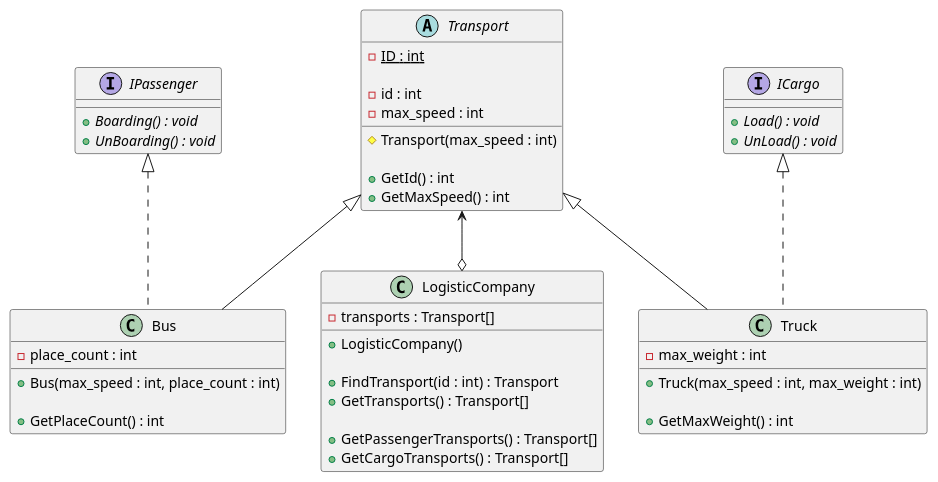
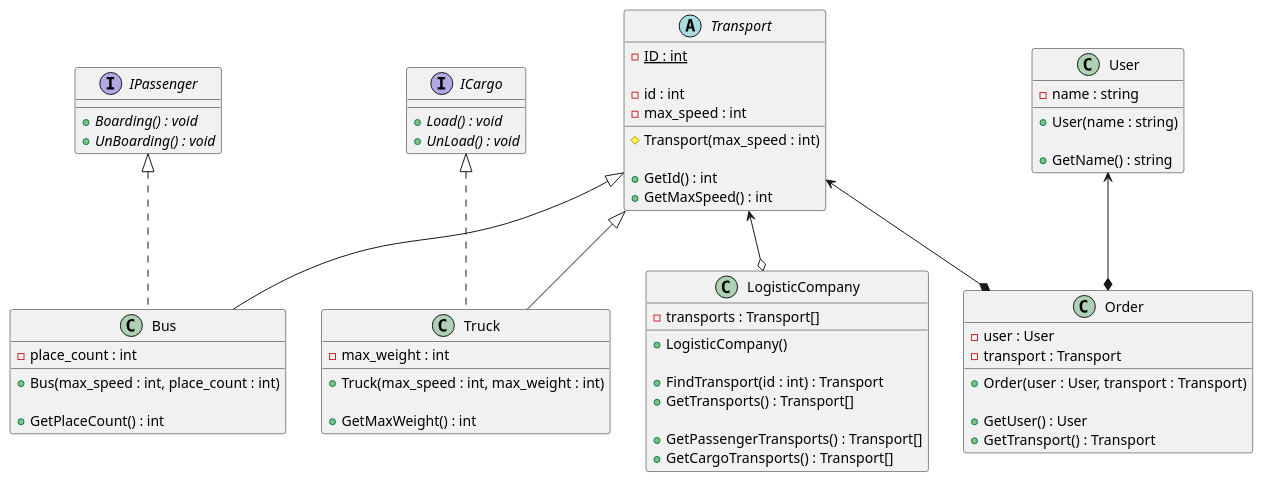
One commit to anst-foto/Logistik changed the diagram in Logistik/class_diagram.puml. Above: the diagram before and after it, drawn with PlantUML. The commit also changed 4 other files, not shown here.

```diff
--- a/Logistik/class_diagram.puml
+++ b/Logistik/class_diagram.puml
@@ -1,59 +1,79 @@
 @startuml
 'https://plantuml.com/class-diagram
 
 interface IPassenger {
     + {abstract} Boarding() : void
     + {abstract} UnBoarding() : void
 }
 
 interface ICargo {
     + {abstract} Load() : void
     + {abstract} UnLoad() : void
 }
 
 abstract class Transport {
     - {static} ID : int
     
     - id : int
     - max_speed : int
     
     # Transport(max_speed : int)
     
     + GetId() : int
     + GetMaxSpeed() : int
 }
 
 Transport <|-- Bus
 IPassenger <|.. Bus
 class Bus {
     - place_count : int
     
     + Bus(max_speed : int, place_count : int)
     
     + GetPlaceCount() : int
 }
 
 Transport <|-- Truck
 ICargo <|.. Truck
 class Truck {
     - max_weight : int
     
     + Truck(max_speed : int, max_weight : int)
     
     + GetMaxWeight() : int
 }
 
 Transport <--o LogisticCompany
 class LogisticCompany{
     - transports : Transport[]
     
     + LogisticCompany()
     
     + FindTransport(id : int) : Transport
     + GetTransports() : Transport[]
     
     + GetPassengerTransports() : Transport[]
     + GetCargoTransports() : Transport[]
 }
 
+class User {
+    - name : string
+    
+    + User(name : string)
+    
+    + GetName() : string
+}
+
+User <--* Order
+Transport <--* Order
+class Order {
+    - user : User
+    - transport : Transport
+        
+    + Order(user : User, transport : Transport)
+    
+    + GetUser() : User
+    + GetTransport() : Transport
+}
+
 @enduml
```
